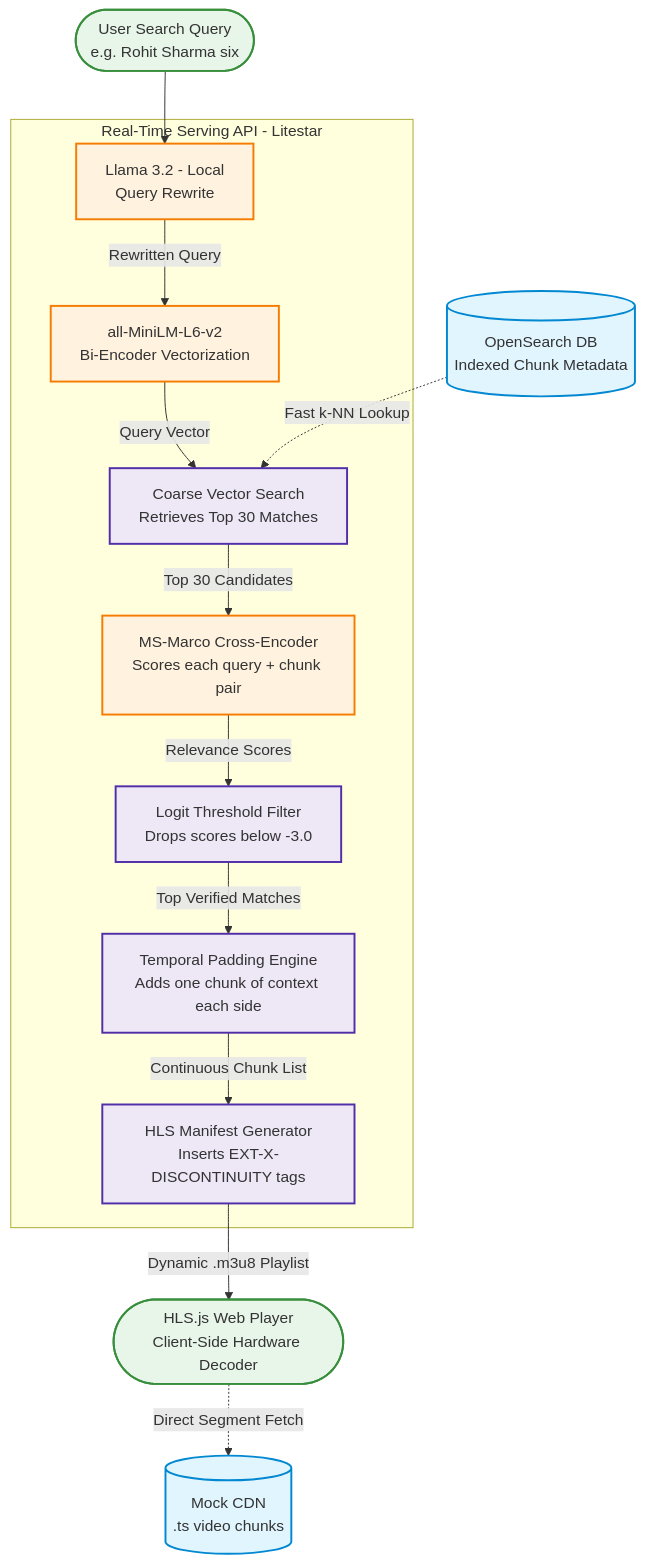
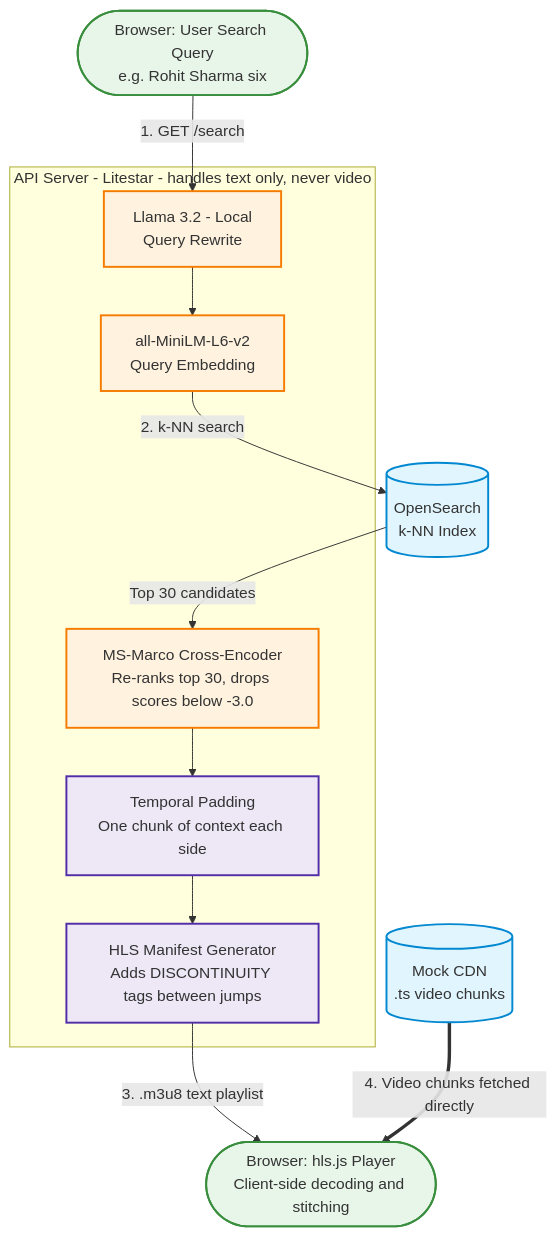
The third of 3 diagrams in readme.md (MNKCrypto/semantic-stream), drawn with Mermaid before and after one commit. The commit also changed other lines of this file, not shown here.

Commit message:
Add architecture overview and regroup flow diagrams

````diff
--- a/readme.md
+++ b/readme.md
@@ -56,38 +92,34 @@
 ```mermaid
 flowchart TD
-    UserQuery(["User Search Query<br/>e.g. Rohit Sharma six"])
-    VectorDB[("OpenSearch DB<br/>Indexed Chunk Metadata")]
+    UserQuery(["Browser: User Search Query<br/>e.g. Rohit Sharma six"])
+    HLSPlayer(["Browser: hls.js Player<br/>Client-side decoding and stitching"])
 
-    subgraph Online_API["Real-Time Serving API - Litestar"]
+    subgraph Server["API Server - Litestar - handles text only, never video"]
         Llama["Llama 3.2 - Local<br/>Query Rewrite"]
-        BiEnc["all-MiniLM-L6-v2<br/>Bi-Encoder Vectorization"]
-        CoarseSearch["Coarse Vector Search<br/>Retrieves Top 30 Matches"]
-        CrossEnc["MS-Marco Cross-Encoder<br/>Scores each query + chunk pair"]
-        Filter["Logit Threshold Filter<br/>Drops scores below -3.0"]
-        Padder["Temporal Padding Engine<br/>Adds one chunk of context each side"]
-        ManifestEngine["HLS Manifest Generator<br/>Inserts EXT-X-DISCONTINUITY tags"]
+        BiEnc["all-MiniLM-L6-v2<br/>Query Embedding"]
+        CrossEnc["MS-Marco Cross-Encoder<br/>Re-ranks top 30, drops scores below -3.0"]
+        Padder["Temporal Padding<br/>One chunk of context each side"]
+        ManifestEngine["HLS Manifest Generator<br/>Adds DISCONTINUITY tags between jumps"]
     end
 
-    HLSPlayer(["HLS.js Web Player<br/>Client-Side Hardware Decoder"])
+    VectorDB[("OpenSearch<br/>k-NN Index")]
     CDN[("Mock CDN<br/>.ts video chunks")]
 
-    UserQuery --> Llama
-    Llama -->|"Rewritten Query"| BiEnc
-    BiEnc -->|"Query Vector"| CoarseSearch
-    VectorDB -.->|"Fast k-NN Lookup"| CoarseSearch
-    CoarseSearch -->|"Top 30 Candidates"| CrossEnc
-    CrossEnc -->|"Relevance Scores"| Filter
-    Filter -->|"Top Verified Matches"| Padder
-    Padder -->|"Continuous Chunk List"| ManifestEngine
-    ManifestEngine -->|"Dynamic .m3u8 Playlist"| HLSPlayer
-    HLSPlayer -.->|"Direct Segment Fetch"| CDN
+    UserQuery -->|"1. GET /search"| Llama
+    Llama --> BiEnc
+    BiEnc -->|"2. k-NN search"| VectorDB
+    VectorDB -->|"Top 30 candidates"| CrossEnc
+    CrossEnc --> Padder
+    Padder --> ManifestEngine
+    ManifestEngine -->|"3. .m3u8 text playlist"| HLSPlayer
+    CDN ==>|"4. Video chunks fetched directly"| HLSPlayer
 
     classDef storage fill:#e1f5fe,stroke:#0288d1,stroke-width:2px
     classDef ai fill:#fff3e0,stroke:#f57c00,stroke-width:2px
     classDef process fill:#ede7f6,stroke:#512da8,stroke-width:2px
     classDef client fill:#e8f5e9,stroke:#388e3c,stroke-width:2px
     class VectorDB,CDN storage
     class Llama,BiEnc,CrossEnc ai
-    class CoarseSearch,Filter,Padder,ManifestEngine process
+    class Padder,ManifestEngine process
     class UserQuery,HLSPlayer client
 ```
````
